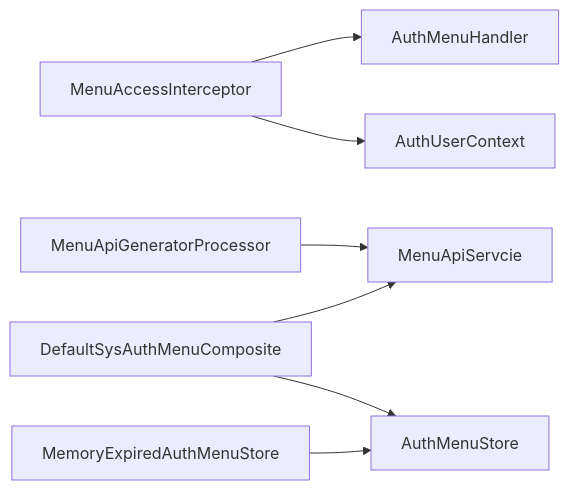
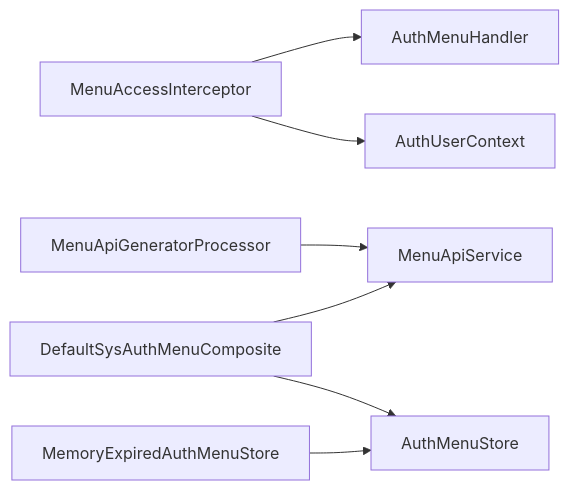
The tenth of 10 diagrams in .qoder/repowiki/zh/content/权限系统 (qy-auth)/权限核心 (auth-core)/菜单权限控制 (MenuPermissionControl).md (LiukewenSC/kewen-framework), drawn with Mermaid before and after one commit. The commit also changed other lines of this file and 764 other files, not shown here.

````diff
--- a/.qoder/repowiki/zh/content/权限系统 (qy-auth)/权限核心 (auth-core)/菜单权限控制 (MenuPermissionControl).md
+++ b/.qoder/repowiki/zh/content/权限系统 (qy-auth)/权限核心 (auth-core)/菜单权限控制 (MenuPermissionControl).md
@@ -444,9 +444,9 @@
 ```mermaid
 graph LR
 MAI["MenuAccessInterceptor"] --> AMH["AuthMenuHandler"]
 MAI --> AUC["AuthUserContext"]
-MAGP["MenuApiGeneratorProcessor"] --> MAS["MenuApiServcie"]
+MAGP["MenuApiGeneratorProcessor"] --> MAS["MenuApiService"]
 DSAMC["DefaultSysAuthMenuComposite"] --> AMS["AuthMenuStore"]
 DSAMC --> MAS
 MEMS["MemoryExpiredAuthMenuStore"] --> AMS
 ```
````
